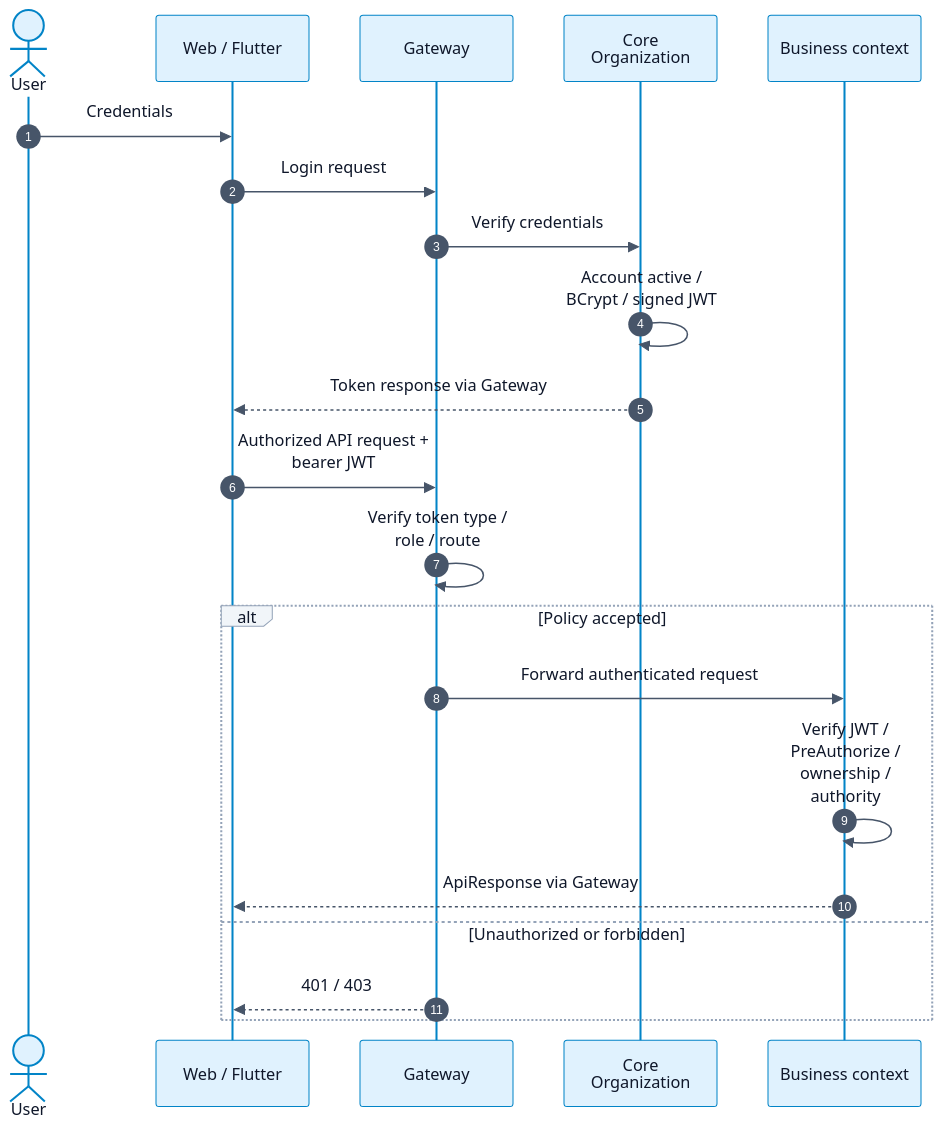
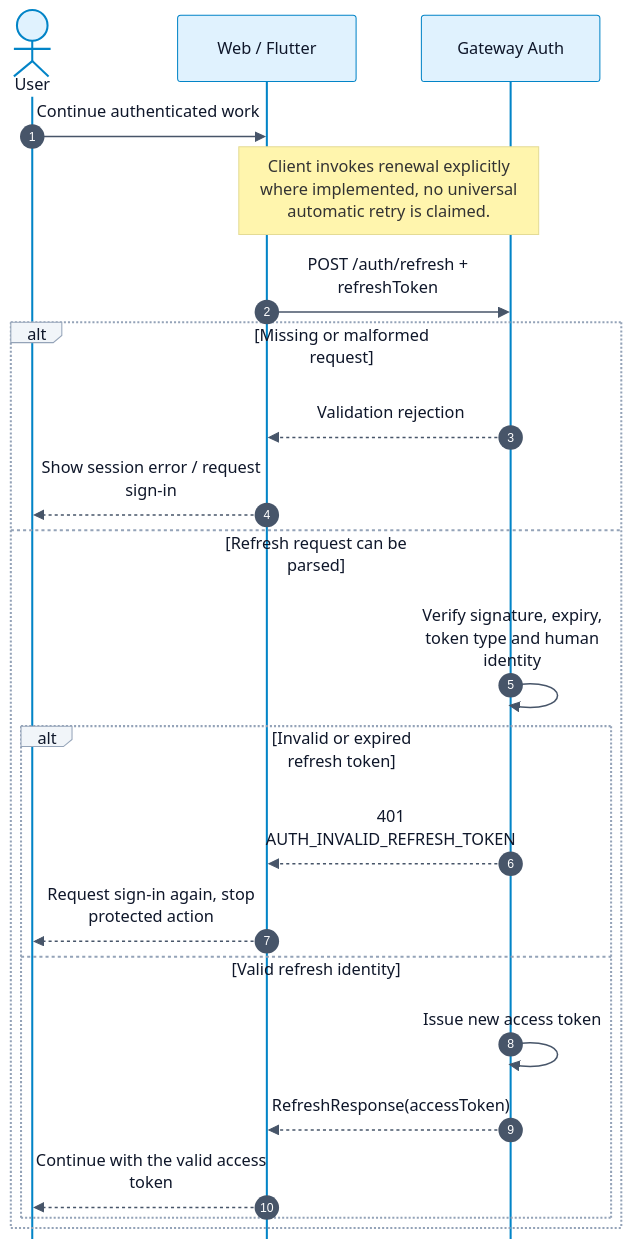
Before and after one commit to Dangvinh77/MediFlow: diagram 13 of 41 in docs/monitor_proj_progress/02-giai-doan-2-thiet-ke-giao-dien-tieu-chuan/review-2/01-review-2-standard-en.md, drawn with Mermaid. The commit also changed other lines of this file and 896 other files, not shown here.

Commit message:
docs(review2): align diagrams with supervisor feedback

````diff
--- a/docs/monitor_proj_progress/02-giai-doan-2-thiet-ke-giao-dien-tieu-chuan/review-2/01-review-2-standard-en.md
+++ b/docs/monitor_proj_progress/02-giai-doan-2-thiet-ke-giao-dien-tieu-chuan/review-2/01-review-2-standard-en.md
@@ -808,24 +657,25 @@
 ```mermaid
-%%{init: {"theme": "base", "securityLevel": "loose", "fontFamily": "Arial, sans-serif", "themeVariables": {"primaryColor": "#e0f2fe", "primaryTextColor": "#0f172a", "primaryBorderColor": "#0284c7", "lineColor": "#475569", "secondaryColor": "#ccfbf1", "tertiaryColor": "#f1f5f9", "background": "#ffffff", "mainBkg": "#e0f2fe", "nodeBorder": "#0284c7", "clusterBkg": "#f8fafc", "clusterBorder": "#94a3b8", "actorBkg": "#e0f2fe", "actorBorder": "#0284c7", "actorTextColor": "#0f172a", "signalColor": "#475569", "signalTextColor": "#0f172a", "labelBoxBkgColor": "#f1f5f9", "labelBoxBorderColor": "#94a3b8", "activationBkgColor": "#ccfbf1", "activationBorderColor": "#0f766e", "sequenceNumberColor": "#ffffff", "attributeBackgroundColorOdd": "#ffffff", "attributeBackgroundColorEven": "#f0f9ff"}, "flowchart": {"htmlLabels": true, "curve": "basis", "nodeSpacing": 30, "rankSpacing": 50}, "sequence": {"useMaxWidth": true, "wrap": true}, "er": {"useMaxWidth": true}}}%%
+%%{init: {"theme": "base", "securityLevel": "loose", "fontFamily": "Arial, sans-serif", "themeVariables": {"primaryColor": "#e0f2fe", "primaryTextColor": "#0f172a", "primaryBorderColor": "#0284c7", "lineColor": "#475569", "secondaryColor": "#ccfbf1", "tertiaryColor": "#f1f5f9", "background": "#ffffff", "mainBkg": "#e0f2fe", "nodeBorder": "#0284c7", "clusterBkg": "#f8fafc", "clusterBorder": "#94a3b8", "actorBkg": "#e0f2fe", "actorBorder": "#0284c7", "actorTextColor": "#0f172a", "signalColor": "#475569", "signalTextColor": "#0f172a", "labelBoxBkgColor": "#f1f5f9", "labelBoxBorderColor": "#94a3b8", "activationBkgColor": "#ccfbf1", "activationBorderColor": "#0f766e", "sequenceNumberColor": "#ffffff", "attributeBackgroundColorOdd": "#ffffff", "attributeBackgroundColorEven": "#f0f9ff"}, "flowchart": {"htmlLabels": true, "curve": "linear", "nodeSpacing": 40, "rankSpacing": 46, "subGraphTitleMargin": {"top": 12, "bottom": 45}}, "sequence": {"useMaxWidth": true, "wrap": true, "actorMargin": 55, "width": 175, "messageMargin": 30, "mirrorActors": false}, "er": {"useMaxWidth": true}, "maxTextSize": 2000000, "class": {"nodeSpacing": 30, "rankSpacing": 55}}}%%
 sequenceDiagram
  autonumber
- actor User
- participant Client as Web / Flutter
- participant Gateway
- participant Core as Core Organization
- participant Service as Business context
- User->>Client: Credentials
- Client->>Gateway: Login request
- Gateway->>Core: Verify credentials
- Core->>Core: Account active / BCrypt / signed JWT
- Core-->>Client: Token response via Gateway
- Client->>Gateway: Authorized API request + bearer JWT
- Gateway->>Gateway: Verify token type / role / route
- alt Policy accepted
- Gateway->>Service: Forward authenticated request
- Service->>Service: Verify JWT / PreAuthorize / ownership / authority
- Service-->>Client: ApiResponse via Gateway
- else Unauthorized or forbidden
- Gateway-->>Client: 401 / 403
+ actor User as User
+ participant UI as Web / Flutter
+ participant G as Gateway Auth
+ User->>UI: Continue authenticated work
+ Note over UI,G: Client invokes renewal explicitly where implemented, no universal automatic retry is claimed.
+ UI->>G: POST /auth/refresh + refreshToken
+ alt Missing or malformed request
+  G-->>UI: Validation rejection
+  UI-->>User: Show session error / request sign-in
+ else Refresh request can be parsed
+  G->>G: Verify signature, expiry, token type and human identity
+  alt Invalid or expired refresh token
+   G-->>UI: 401 AUTH_INVALID_REFRESH_TOKEN
+   UI-->>User: Request sign-in again, stop protected action
+  else Valid refresh identity
+   G->>G: Issue new access token
+   G-->>UI: RefreshResponse(accessToken)
+   UI-->>User: Continue with the valid access token
+  end
  end
 ```
````
